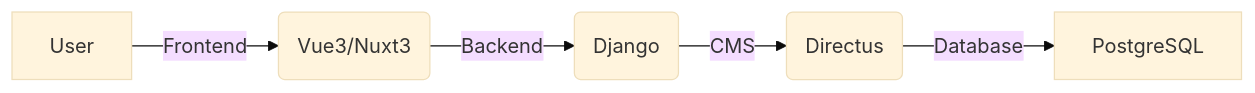
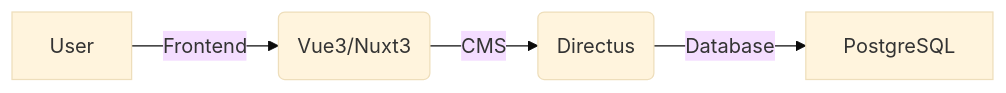
The first of 2 diagrams in README.md (taskimatti/taskimatti), drawn with Mermaid (base theme) before and after one commit. The commit also changed other lines of this file, not shown here.

`````diff
--- a/README.md
+++ b/README.md
@@ -7,9 +23,8 @@
 ````mermaid
 graph LR
 ;
     User -->|Frontend| F(Vue3/Nuxt3);
-    F -->|Backend| D(Django);
-    D -->|CMS| C(Directus);
+    F -->|CMS| C(Directus);
     C -->|Database| PostgreSQL;
 
 ````
`````
